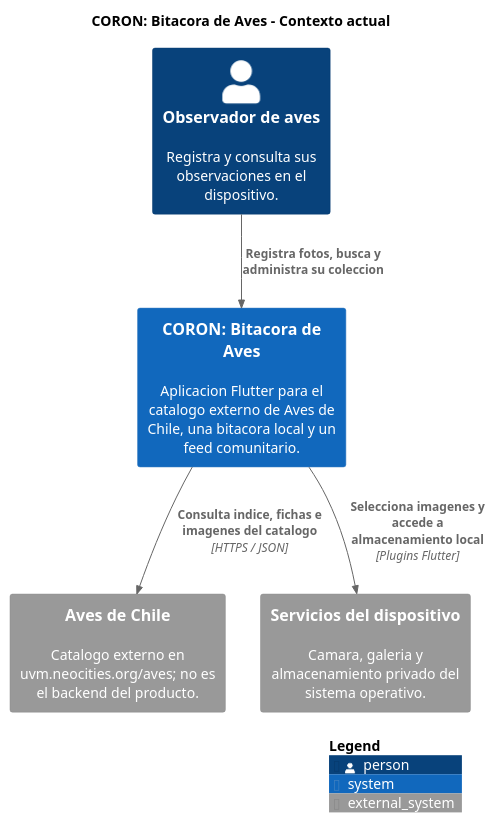
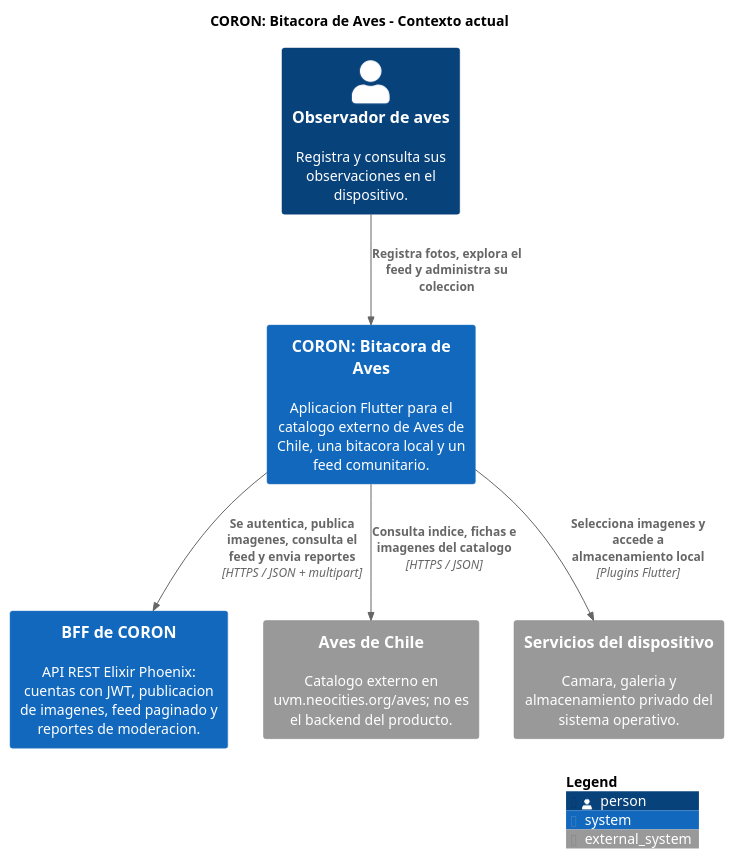
Before and after one commit to cinfuvm/2026_ProyectoAves: the diagram in mobile/docs/modules/ROOT/partials/mobile-c4-context.puml, drawn with PlantUML. The commit also changed 12 other files, not shown here.

```diff
--- a/mobile/docs/modules/ROOT/partials/mobile-c4-context.puml
+++ b/mobile/docs/modules/ROOT/partials/mobile-c4-context.puml
@@ -1,16 +1,18 @@
 @startuml
 !includeurl https://raw.githubusercontent.com/plantuml-stdlib/C4-PlantUML/release/v2.12.0/C4_Context.puml
 
 title CORON: Bitacora de Aves - Contexto actual
 
 Person(usuario, "Observador de aves", "Registra y consulta sus observaciones en el dispositivo.")
 System(mobile, "CORON: Bitacora de Aves", "Aplicacion Flutter para el catalogo externo de Aves de Chile, una bitacora local y un feed comunitario.")
+System(bff, "BFF de CORON", "API REST Elixir Phoenix: cuentas con JWT, publicacion de imagenes, feed paginado y reportes de moderacion.")
 System_Ext(aveschile, "Aves de Chile", "Catalogo externo en uvm.neocities.org/aves; no es el backend del producto.")
 System_Ext(so, "Servicios del dispositivo", "Camara, galeria y almacenamiento privado del sistema operativo.")
 
-Rel(usuario, mobile, "Registra fotos, busca y administra su coleccion")
+Rel(usuario, mobile, "Registra fotos, explora el feed y administra su coleccion")
+Rel(mobile, bff, "Se autentica, publica imagenes, consulta el feed y envia reportes", "HTTPS / JSON + multipart")
 Rel(mobile, aveschile, "Consulta indice, fichas e imagenes del catalogo", "HTTPS / JSON")
 Rel(mobile, so, "Selecciona imagenes y accede a almacenamiento local", "Plugins Flutter")
 
 SHOW_LEGEND()
 @enduml
```
